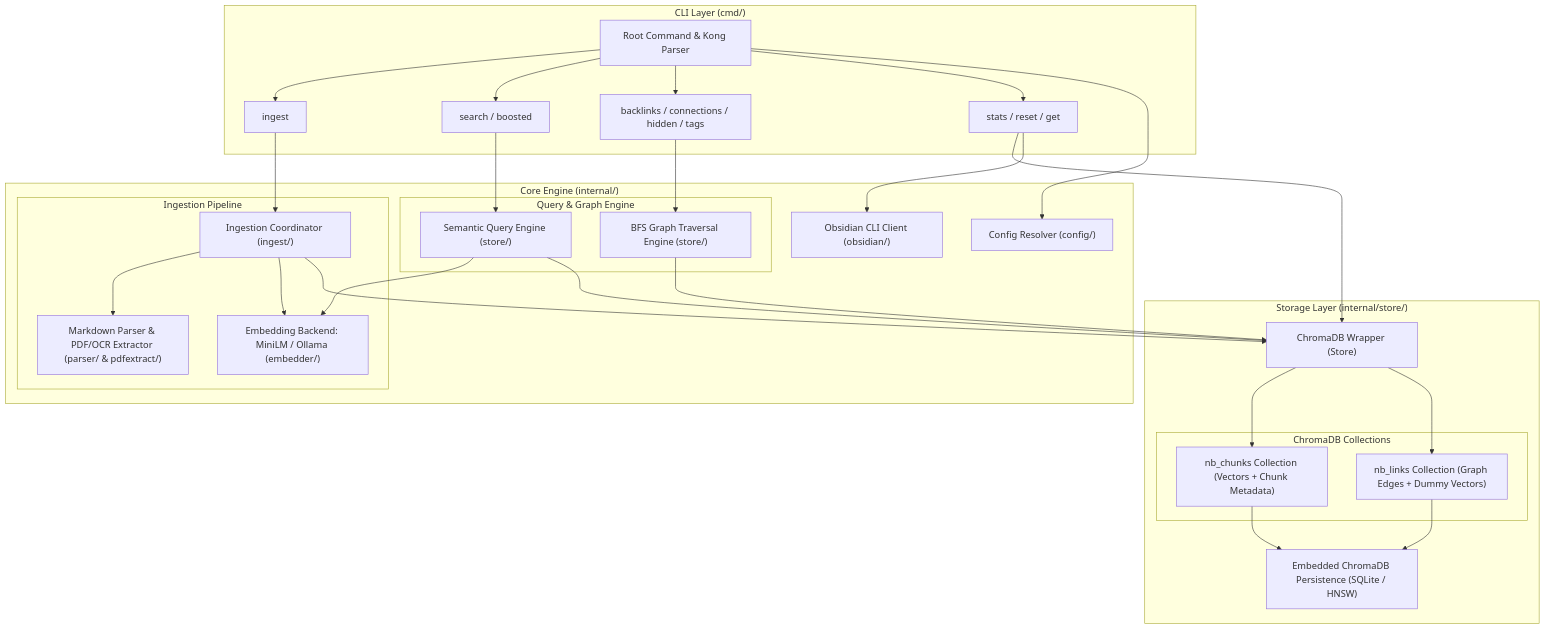
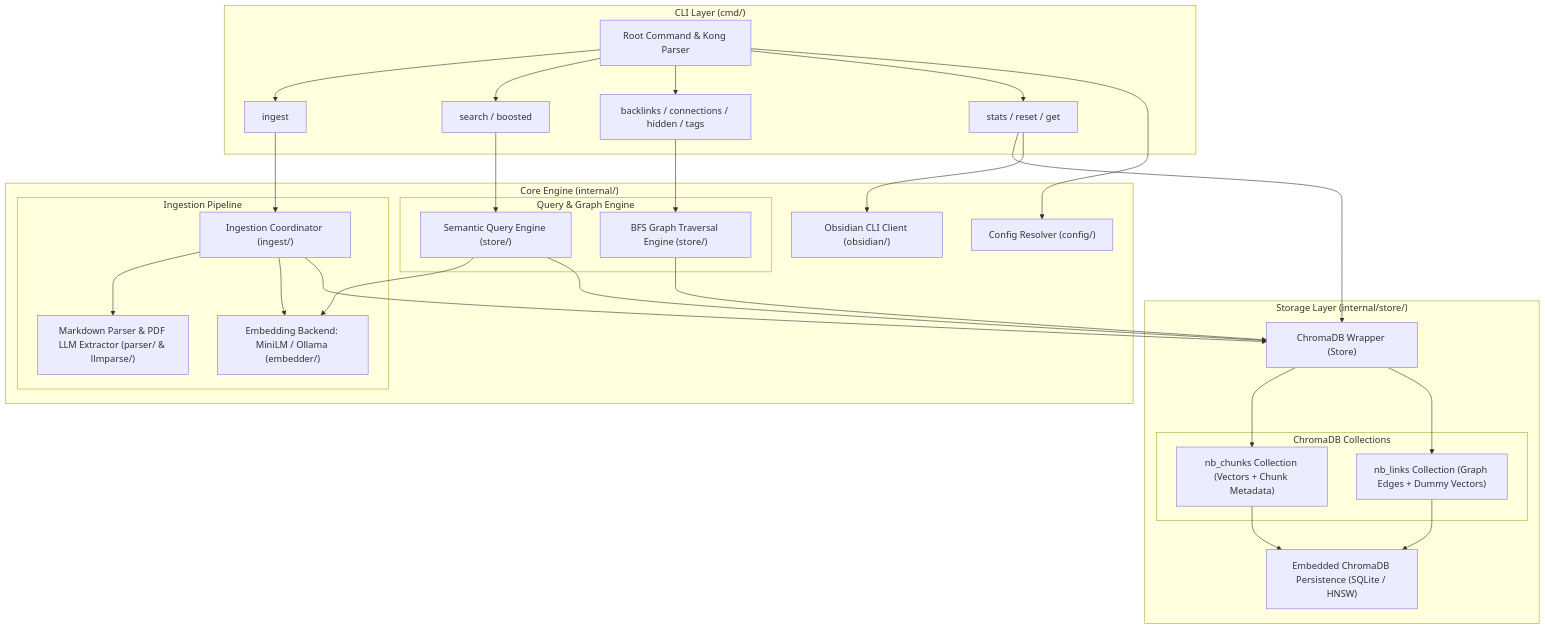
The diagram in wiki/Architecture.md (nmdra/notebrain-cli), drawn with Mermaid before and after one commit. The commit also changed other lines of this file and 2 other files, not shown here.

Commit message:
docs: update README and wiki for LLM PDF extraction

````diff
--- a/wiki/Architecture.md
+++ b/wiki/Architecture.md
@@ -11,56 +11,56 @@
 ```mermaid
 graph TD
     subgraph CLI ["CLI Layer (cmd/)"]
         Root["Root Command & Kong Parser"]
         CmdIngest["ingest"]
         CmdSearch["search / boosted"]
         CmdGraph["backlinks / connections / hidden / tags"]
         CmdVault["stats / reset / get"]
     end
 
     subgraph Core ["Core Engine (internal/)"]
         Config["Config Resolver (config/)"]
         Obsidian["Obsidian CLI Client (obsidian/)"]
 
         subgraph IngestionPipeline ["Ingestion Pipeline"]
-            Parser["Markdown Parser & PDF/OCR Extractor (parser/ & pdfextract/)"]
+            Parser["Markdown Parser & PDF LLM Extractor (parser/ & llmparse/)"]
             Embedder["Embedding Backend: MiniLM / Ollama (embedder/)"]
             Ingest["Ingestion Coordinator (ingest/)"]
         end
 
         subgraph QueryEngine ["Query & Graph Engine"]
             Query["Semantic Query Engine (store/)"]
             Graph["BFS Graph Traversal Engine (store/)"]
         end
     end
 
     subgraph Storage ["Storage Layer (internal/store/)"]
         ChromaStore["ChromaDB Wrapper (Store)"]
 
         subgraph Collections ["ChromaDB Collections"]
             NbChunks["nb_chunks Collection (Vectors + Chunk Metadata)"]
             NbLinks["nb_links Collection (Graph Edges + Dummy Vectors)"]
         end
 
         SQLite["Embedded ChromaDB Persistence (SQLite / HNSW)"]
     end
 
     Root --> CmdIngest & CmdSearch & CmdGraph & CmdVault
     Root --> Config
 
     CmdIngest --> Ingest
     Ingest --> Parser
     Ingest --> Embedder
     Ingest --> ChromaStore
 
     CmdSearch --> Query
     CmdGraph --> Graph
     CmdVault --> ChromaStore & Obsidian
 
     Query --> Embedder
     Query --> ChromaStore
     Graph --> ChromaStore
 
     ChromaStore --> NbChunks & NbLinks
     NbChunks & NbLinks --> SQLite
 ```
````
